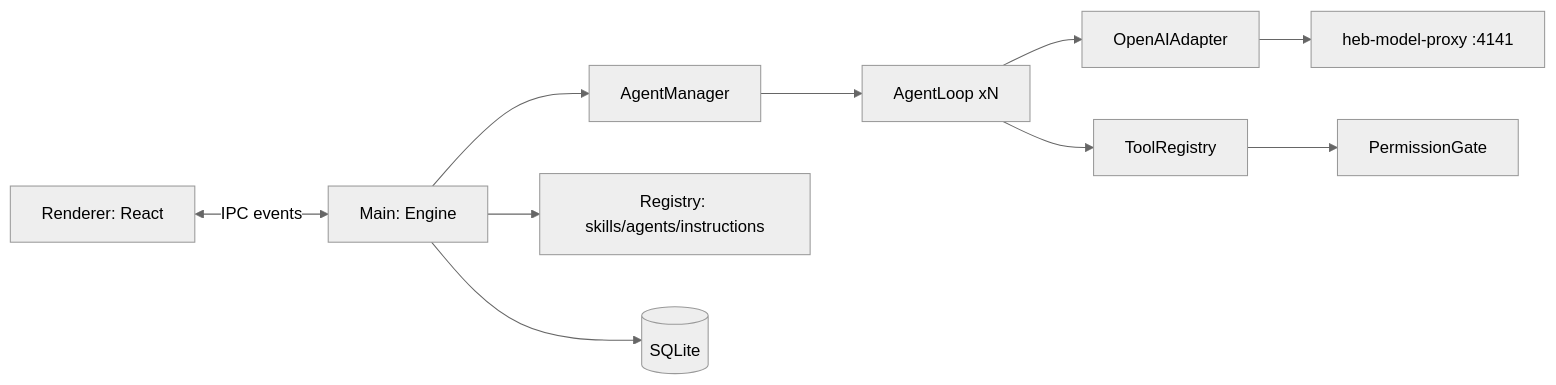
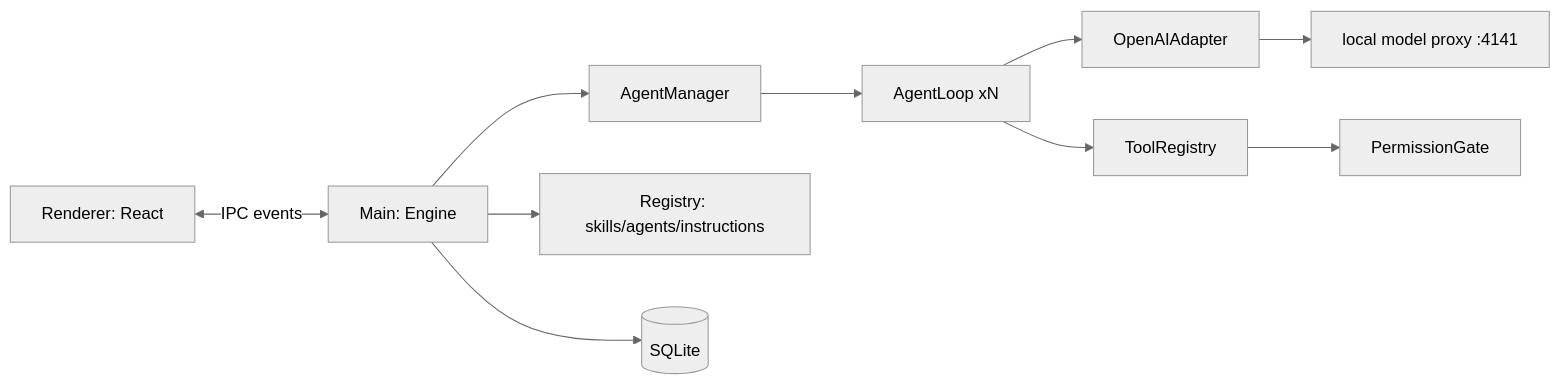
Before and after one commit to careychou/aitm-desk: the diagram in docs/design.md, drawn with Mermaid (neutral theme). The commit also changed other lines of this file and 5 other files, not shown here.

````diff
--- a/docs/design.md
+++ b/docs/design.md
@@ -35,12 +35,12 @@
 ```mermaid
 flowchart LR
   UI[Renderer: React] <-->|IPC events| ENG[Main: Engine]
   ENG --> MGR[AgentManager]
   MGR --> LOOP[AgentLoop xN]
   LOOP --> ADP[OpenAIAdapter]
-  ADP --> PX[heb-model-proxy :4141]
+  ADP --> PX[local model proxy :4141]
   LOOP --> TOOLS[ToolRegistry]
   TOOLS --> PERM[PermissionGate]
   ENG --> REG[Registry: skills/agents/instructions]
   ENG --> DB[(SQLite)]
 ```
````
